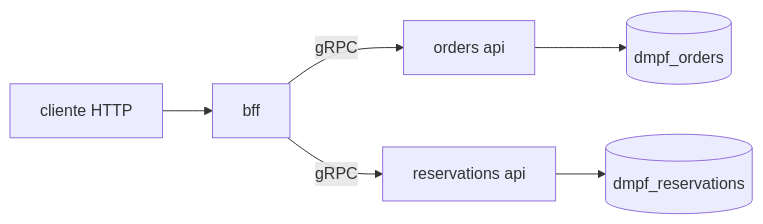
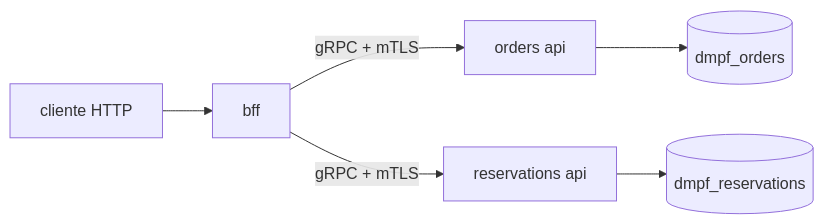
One commit to mateusmacedo/dmpf changed the diagram in apps/backend/bff/README.md. Above: the diagram before and after it, drawn with Mermaid. The commit also changed other lines of this file, not shown here.

Commit message:
docs(bff): Sincronizar o README com o código atual

````diff
--- a/apps/backend/bff/README.md
+++ b/apps/backend/bff/README.md
@@ -18,8 +18,8 @@
 ```mermaid
 flowchart LR
   client[cliente HTTP] --> bff[bff]
-  bff -->|gRPC| orders[orders api]
-  bff -->|gRPC| reservations[reservations api]
+  bff -->|gRPC + mTLS| orders[orders api]
+  bff -->|gRPC + mTLS| reservations[reservations api]
   orders --> ordersdb[(dmpf_orders)]
   reservations --> reservationsdb[(dmpf_reservations)]
 ```
````
